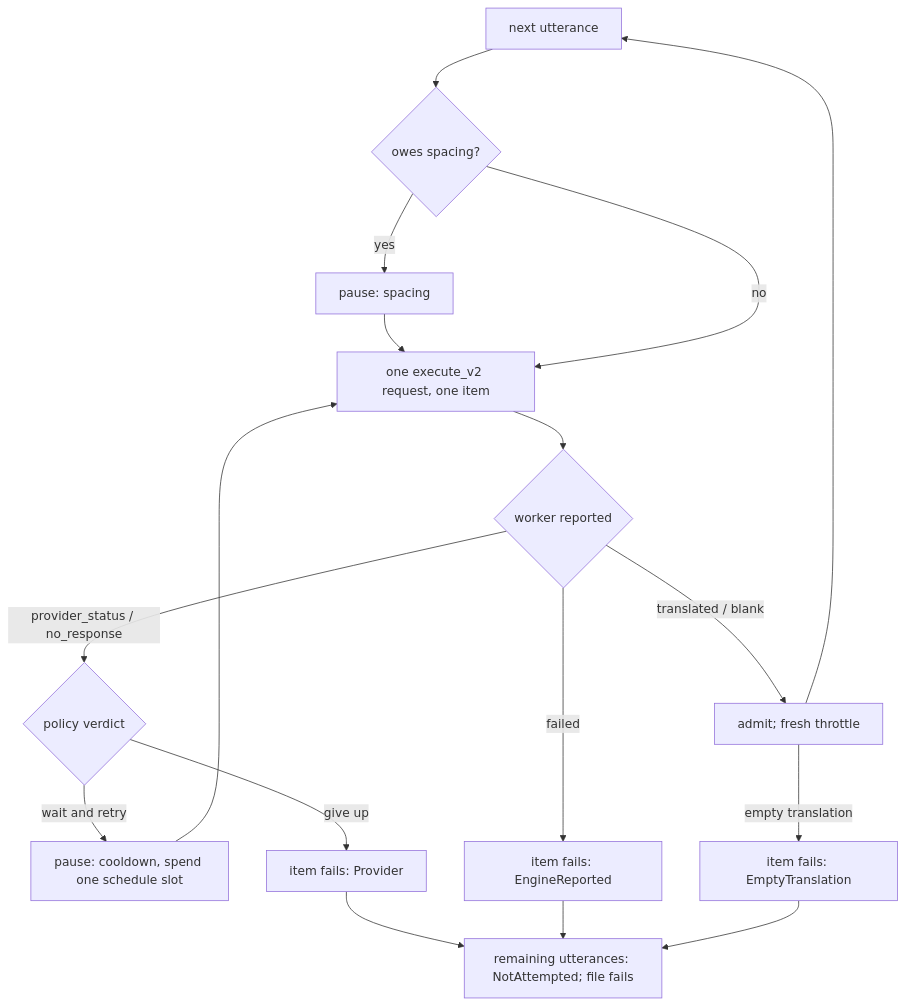
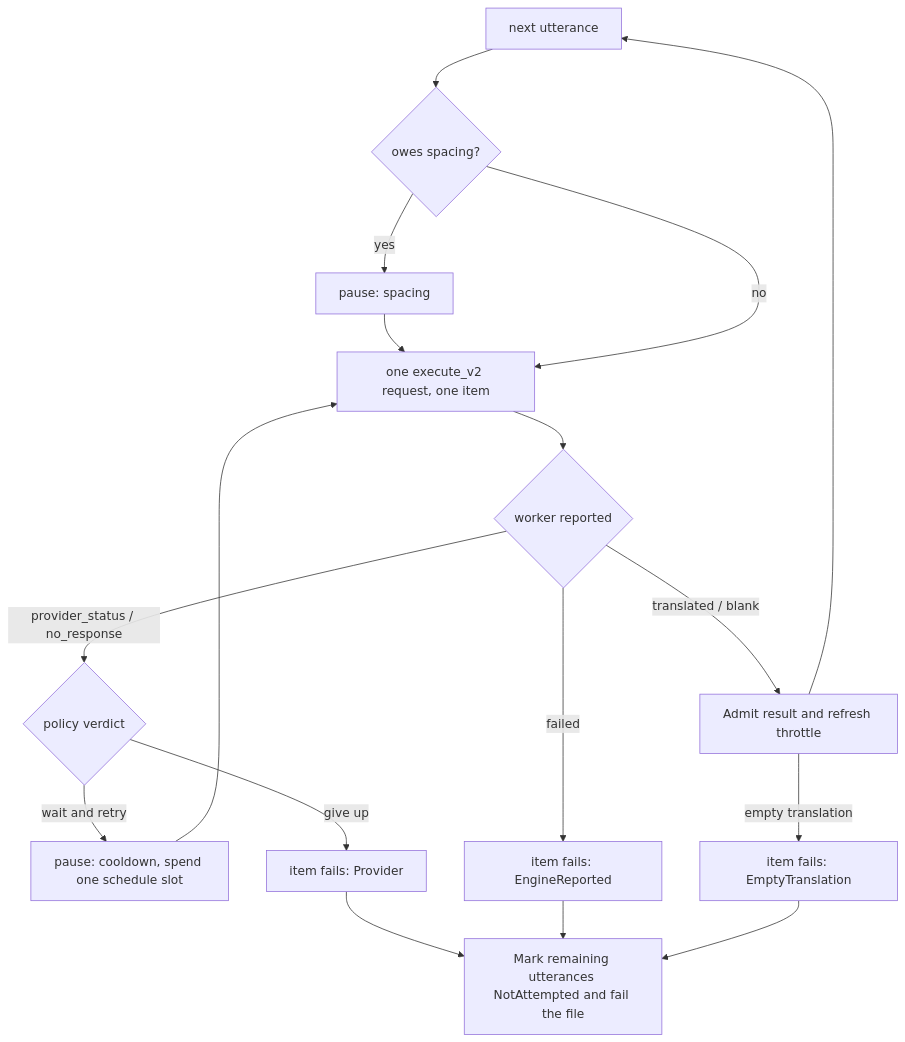
One commit to FranklinChen/talkbank-tools changed the second of 2 diagrams in book/src/batchalign/developer/commands/translate.md. Above: the diagram before and after it, drawn with Mermaid. The commit also changed other lines of this file and 724 other files, not shown here.

````diff
--- a/book/src/batchalign/developer/commands/translate.md
+++ b/book/src/batchalign/developer/commands/translate.md
@@ -118,16 +145,16 @@
 ```mermaid
 flowchart TD
     next[next utterance] --> spacing{owes spacing?}
     spacing -- yes --> wait1[pause: spacing] --> send
     spacing -- no --> send[one execute_v2 request, one item]
     send --> answer{worker reported}
-    answer -- translated / blank --> admit[admit; fresh throttle] --> next
+    answer -- translated / blank --> admit["Admit result and refresh throttle"] --> next
     answer -- provider_status / no_response --> verdict{policy verdict}
     verdict -- wait and retry --> wait2[pause: cooldown, spend one schedule slot] --> send
     verdict -- give up --> fail[item fails: Provider]
     answer -- failed --> fail2[item fails: EngineReported]
     admit -- empty translation --> fail3[item fails: EmptyTranslation]
-    fail --> stop[remaining utterances: NotAttempted; file fails]
+    fail --> stop["Mark remaining utterances NotAttempted and fail the file"]
     fail2 --> stop
     fail3 --> stop
 ```
````
